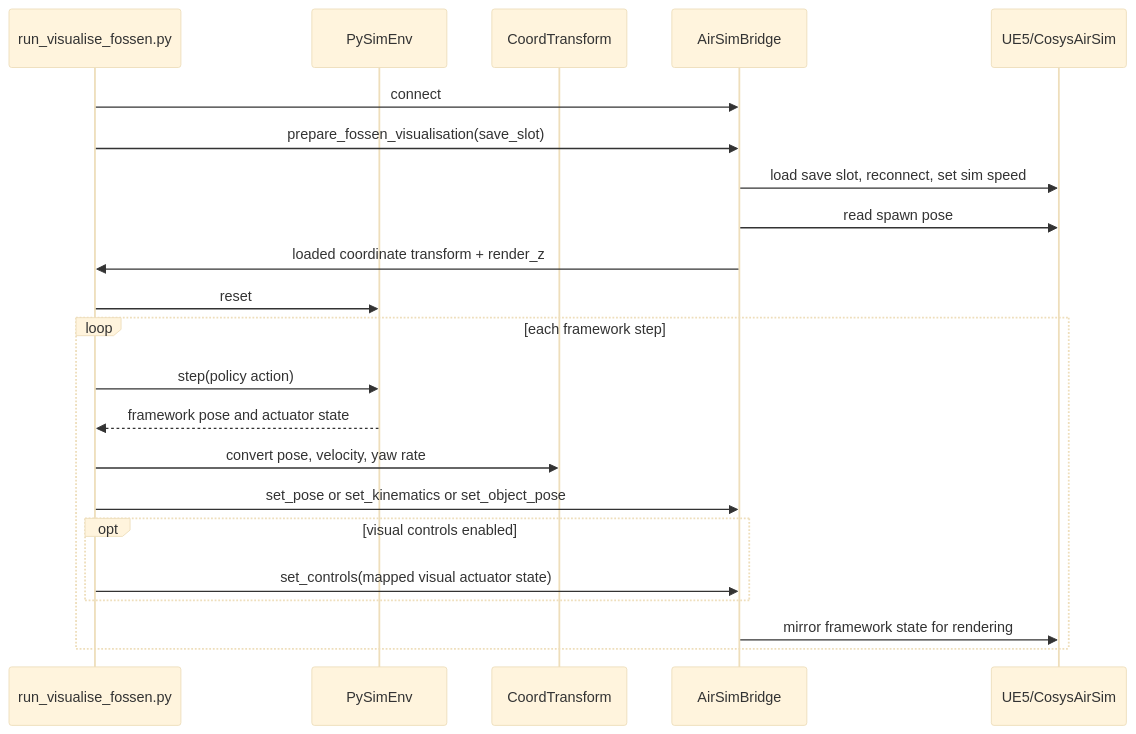
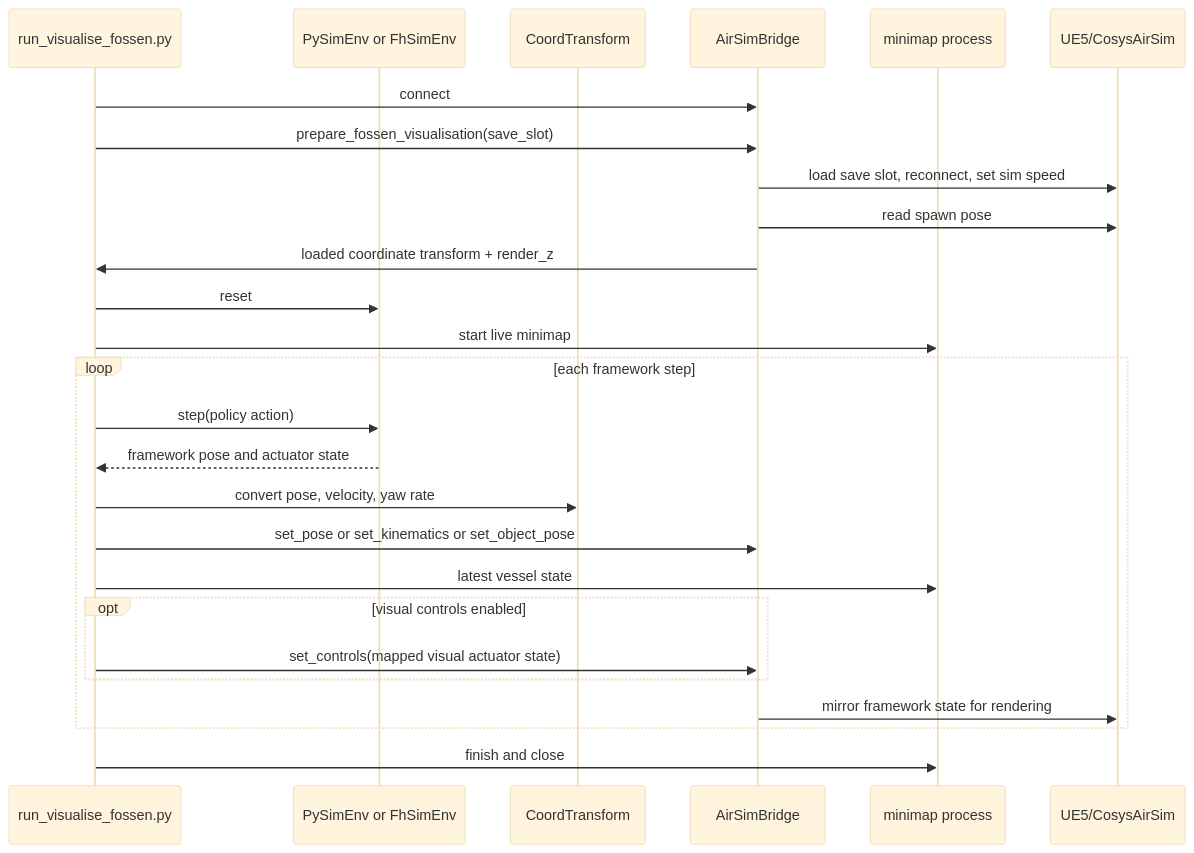
The fifth of 5 diagrams in docs/airsim_architecture.md (UAntwerpM4S/RudoLF), drawn with Mermaid (base theme) before and after one commit. The commit also changed other lines of this file and 2 other files, not shown here.

````diff
--- a/docs/airsim_architecture.md
+++ b/docs/airsim_architecture.md
@@ -194,25 +207,29 @@
 ```mermaid
 sequenceDiagram
     participant Runner as run_visualise_fossen.py
-    participant FossenEnv as PySimEnv
+    participant FossenEnv as PySimEnv or FhSimEnv
     participant Transform as CoordTransform
     participant Bridge as AirSimBridge
+    participant Minimap as minimap process
     participant UE5 as UE5/CosysAirSim
 
     Runner->>Bridge: connect
     Runner->>Bridge: prepare_fossen_visualisation(save_slot)
     Bridge->>UE5: load save slot, reconnect, set sim speed
     Bridge->>UE5: read spawn pose
     Bridge->>Runner: loaded coordinate transform + render_z
     Runner->>FossenEnv: reset
+    Runner->>Minimap: start live minimap
     loop each framework step
         Runner->>FossenEnv: step(policy action)
         FossenEnv-->>Runner: framework pose and actuator state
         Runner->>Transform: convert pose, velocity, yaw rate
         Runner->>Bridge: set_pose or set_kinematics or set_object_pose
+        Runner->>Minimap: latest vessel state
         opt visual controls enabled
             Runner->>Bridge: set_controls(mapped visual actuator state)
         end
         Bridge->>UE5: mirror framework state for rendering
     end
+    Runner->>Minimap: finish and close
 ```
````
